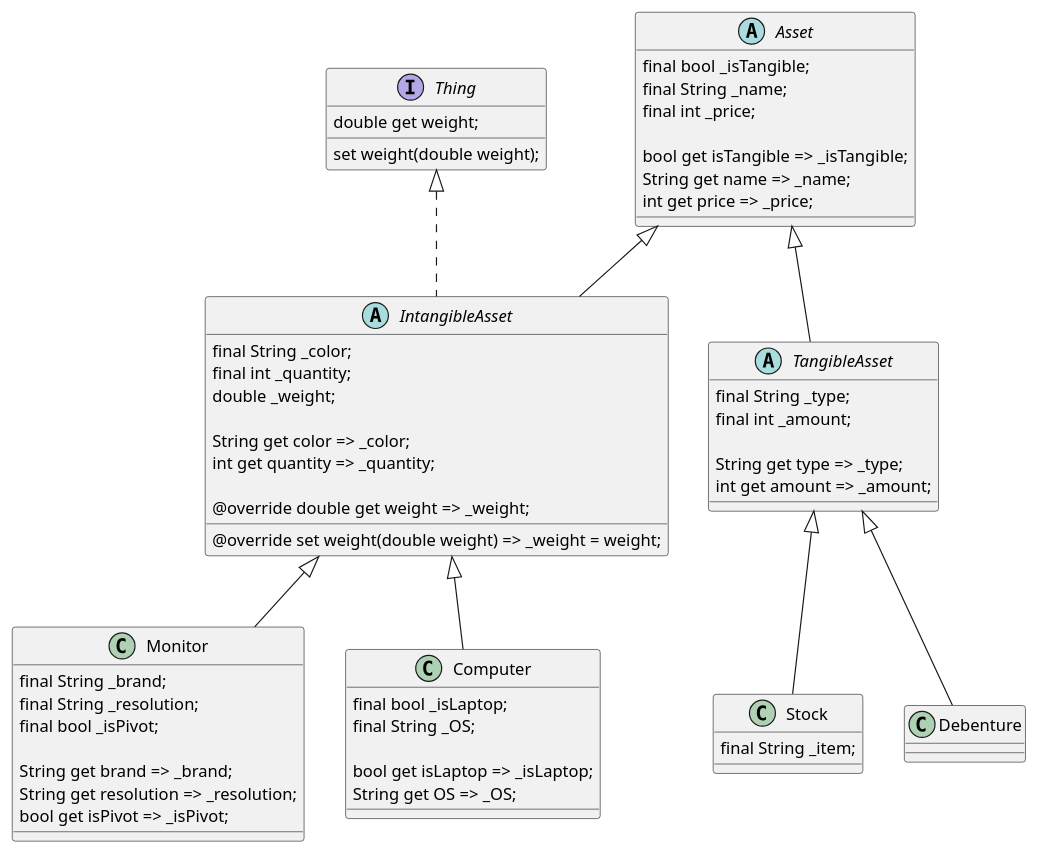
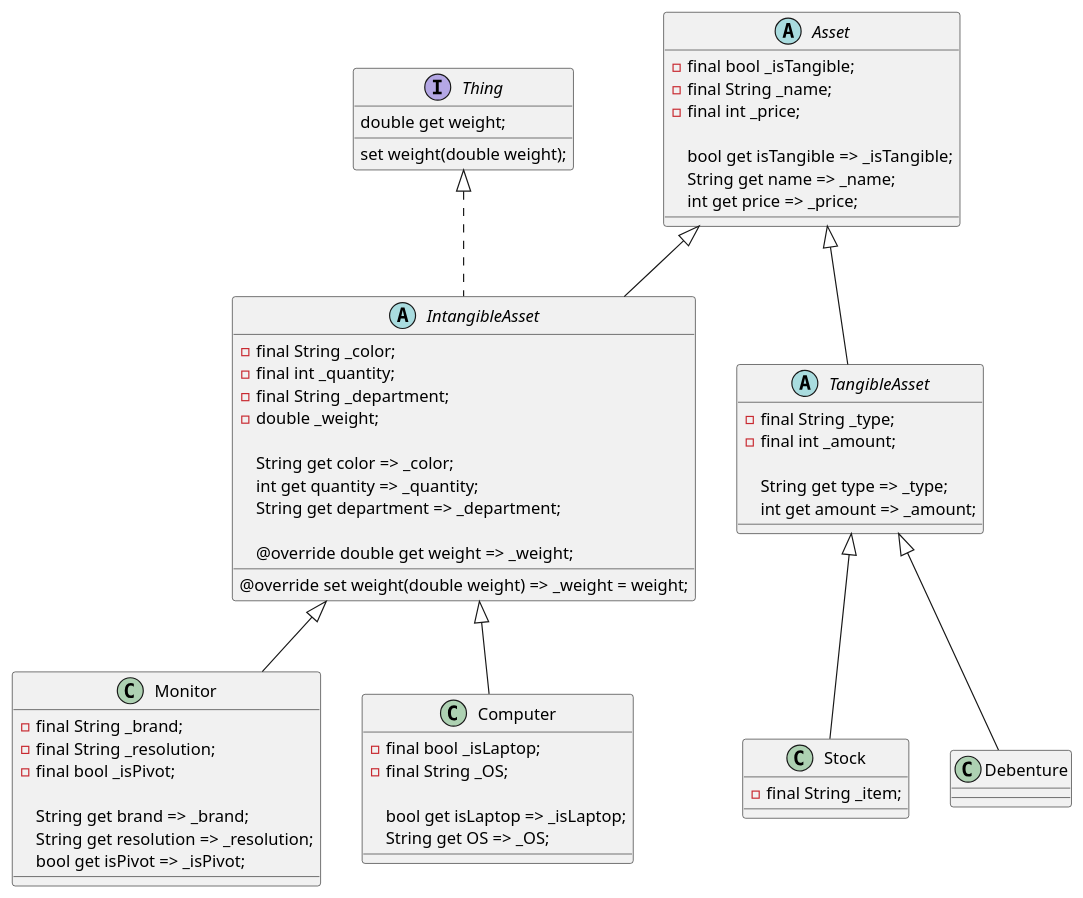
One commit to orm-camp-flutter-2ki/learn_dart_together changed the diagram in lib/24_03_13/asset_uml.puml. Above: the diagram before and after it, drawn with PlantUML.

Commit message:
docs: UML 수정

```diff
--- a/lib/24_03_13/asset_uml.puml
+++ b/lib/24_03_13/asset_uml.puml
@@ -1,63 +1,65 @@
 @startuml
 abstract class Asset {
-  final bool _isTangible;
-  final String _name;
-  final int _price;
+  -final bool _isTangible;
+  -final String _name;
+  -final int _price;
 
   bool get isTangible => _isTangible;
   String get name => _name;
   int get price => _price;
 }
 
 interface Thing {
   double get weight;
   set weight(double weight);
 }
 
 abstract class IntangibleAsset extends Asset implements Thing {
-  final String _color;
-  final int _quantity;
-  double _weight;
+  -final String _color;
+  -final int _quantity;
+  -final String _department;
+  -double _weight;
 
   String get color => _color;
   int get quantity => _quantity;
+  String get department => _department;
 
   @override double get weight => _weight;
   @override set weight(double weight) => _weight = weight;
 }
 
 class Monitor extends IntangibleAsset {
-  final String _brand;
-  final String _resolution;
-  final bool _isPivot;
+  -final String _brand;
+  -final String _resolution;
+  -final bool _isPivot;
 
   String get brand => _brand;
   String get resolution => _resolution;
   bool get isPivot => _isPivot;
 }
 
 class Computer extends IntangibleAsset {
-  final bool _isLaptop;
-  final String _OS;
+  -final bool _isLaptop;
+  -final String _OS;
 
   bool get isLaptop => _isLaptop;
   String get OS => _OS;
 }
 
 abstract class TangibleAsset extends Asset {
-  final String _type;
-  final int _amount;
+  -final String _type;
+  -final int _amount;
 
   String get type => _type;
   int get amount => _amount;
 }
 
 class Stock extends TangibleAsset {
-  final String _item;
+  -final String _item;
 }
 
 class Debenture extends TangibleAsset {
 
 }
 
 @enduml
```
